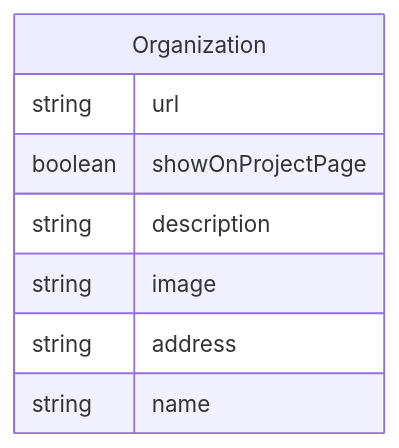
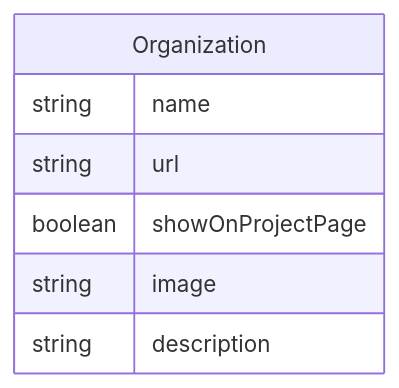
The diagram in schema/generated/Organization.md (regen-network/regen-data-standards), drawn with Mermaid before and after one commit. The commit also changed other lines of this file and 76 other files, not shown here.

First line of the commit message:
refactor Terrasos specific project schema to its own linkml class (#23)

````diff
--- a/schema/generated/Organization.md
+++ b/schema/generated/Organization.md
@@ -11,14 +11,13 @@
 ```mermaid
 erDiagram
 Organization {
+    string name  
     string url  
     boolean showOnProjectPage  
+    string image  
     string description  
-    string image  
-    string address  
-    string name  
 }
 
 
 
 ```
````
